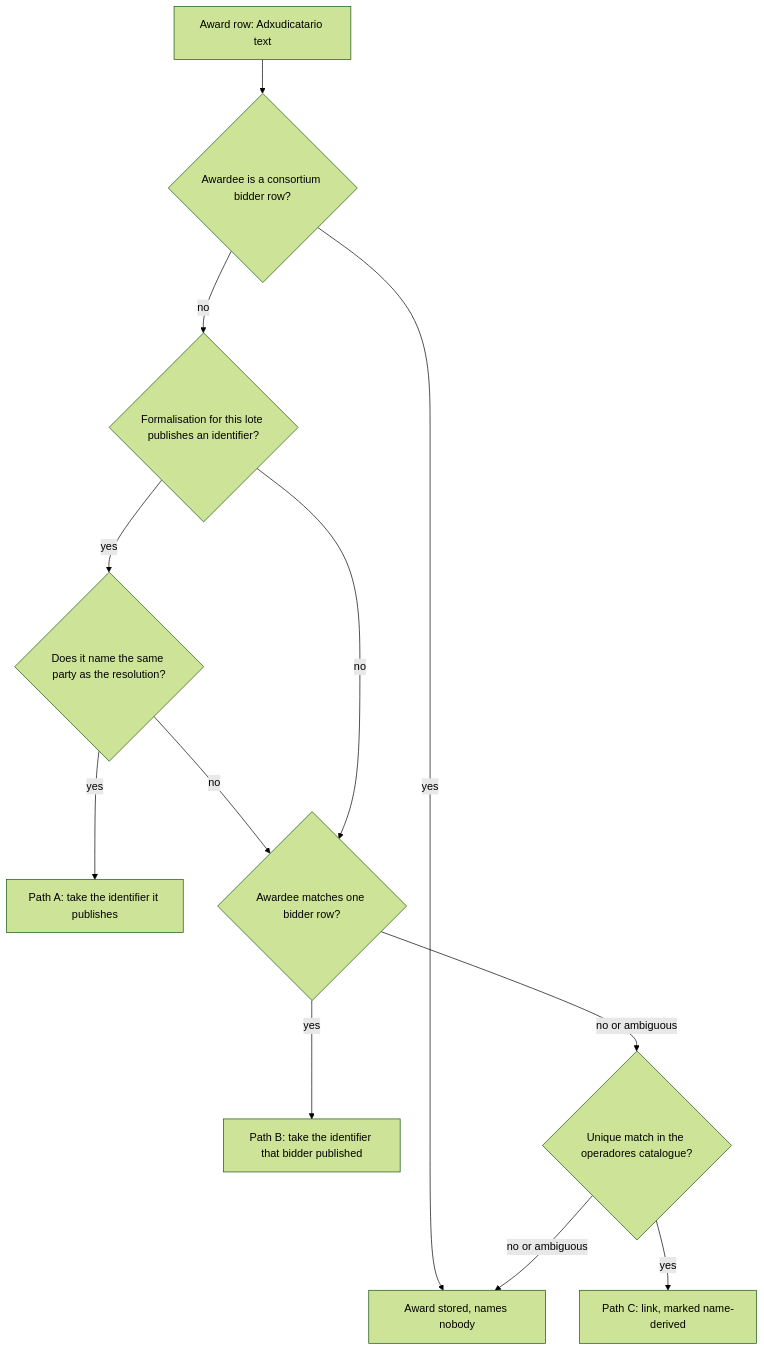
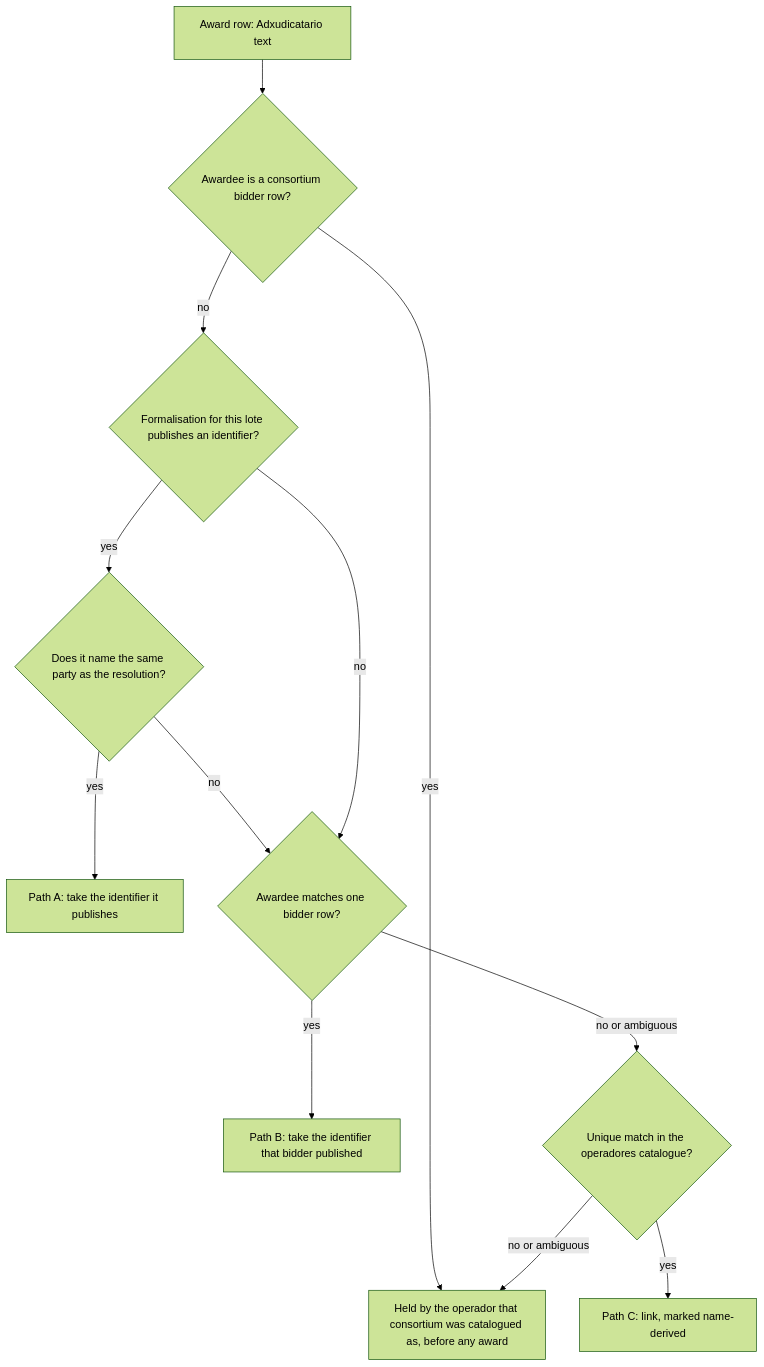
The fourth of 4 diagrams in docs/features/FEAT-0015-licitacions-initial-import/README.md (earelin/conxugal), drawn with Mermaid (forest theme) before and after one commit. The commit also changed other lines of this file and 22 other files, not shown here.

````diff
--- a/docs/features/FEAT-0015-licitacions-initial-import/README.md
+++ b/docs/features/FEAT-0015-licitacions-initial-import/README.md
@@ -825,14 +825,14 @@
 ```mermaid
 flowchart TD
   A[Award row: Adxudicatario text] --> Z{Awardee is a consortium bidder row?}
-  Z -- yes --> H[Award stored, names nobody]
+  Z -- yes --> H[Held by the operador that consortium was catalogued as, before any award]
   Z -- no --> B{Formalisation for this lote publishes an identifier?}
   B -- yes --> Y{Does it name the same party as the resolution?}
   Y -- yes --> C[Path A: take the identifier it publishes]
   Y -- no --> D{Awardee matches one bidder row?}
   B -- no --> D
   D -- yes --> E[Path B: take the identifier that bidder published]
   D -- no or ambiguous --> F{Unique match in the operadores catalogue?}
   F -- yes --> G[Path C: link, marked name-derived]
   F -- no or ambiguous --> H
 ```
````
